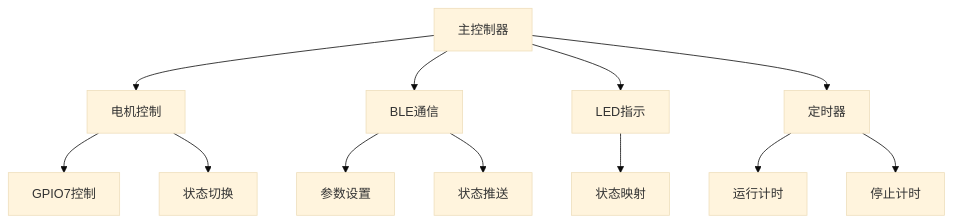
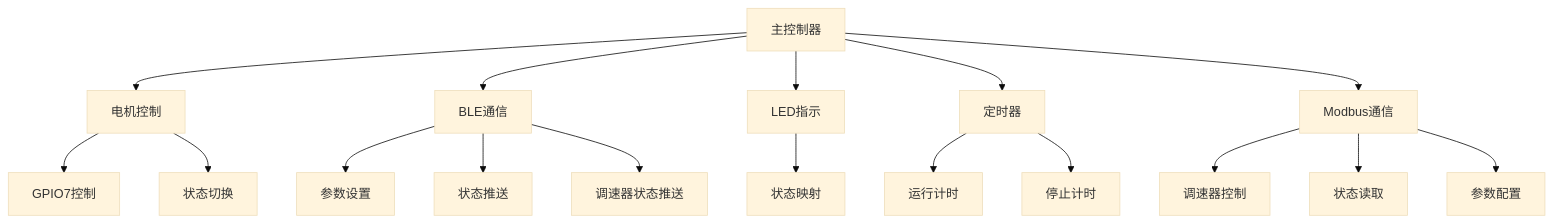
The first of 2 diagrams in requirements.md (davidhoo/ESP32motor), drawn with Mermaid (base theme) before and after one commit. The commit also changed other lines of this file and 19 other files, not shown here.

````diff
--- a/requirements.md
+++ b/requirements.md
@@ -101,18 +157,24 @@
 ```mermaid
 graph TB
     A[主控制器] --> B[电机控制]
     A --> C[BLE通信]
     A --> D[LED指示]
     A --> E[定时器]
+    A --> F[Modbus通信]
     
     B --> B1[GPIO7控制]
     B --> B2[状态切换]
     
     C --> C1[参数设置]
     C --> C2[状态推送]
+    C --> C3[调速器状态推送]
     
     D --> D1[状态映射]
     
     E --> E1[运行计时]
     E --> E2[停止计时]
+    
+    F --> F1[调速器控制]
+    F --> F2[状态读取]
+    F --> F3[参数配置]
 ```
````
